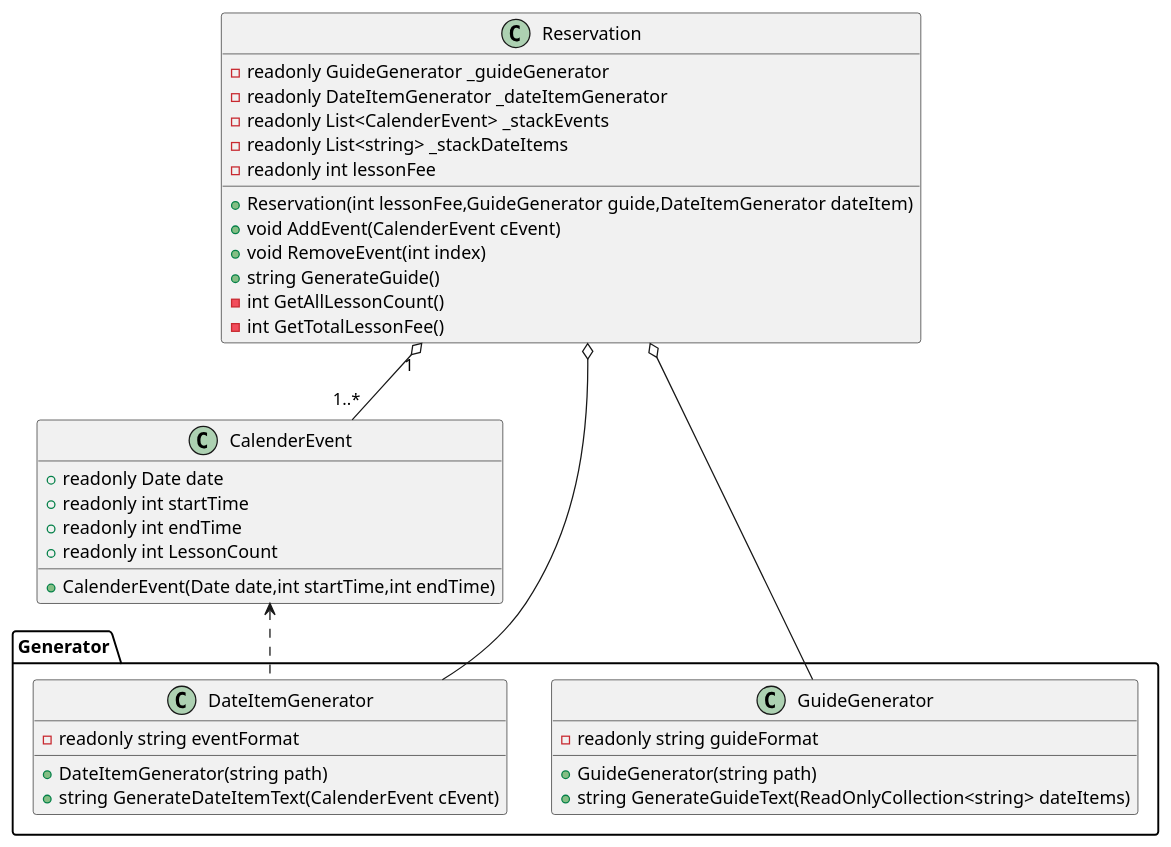
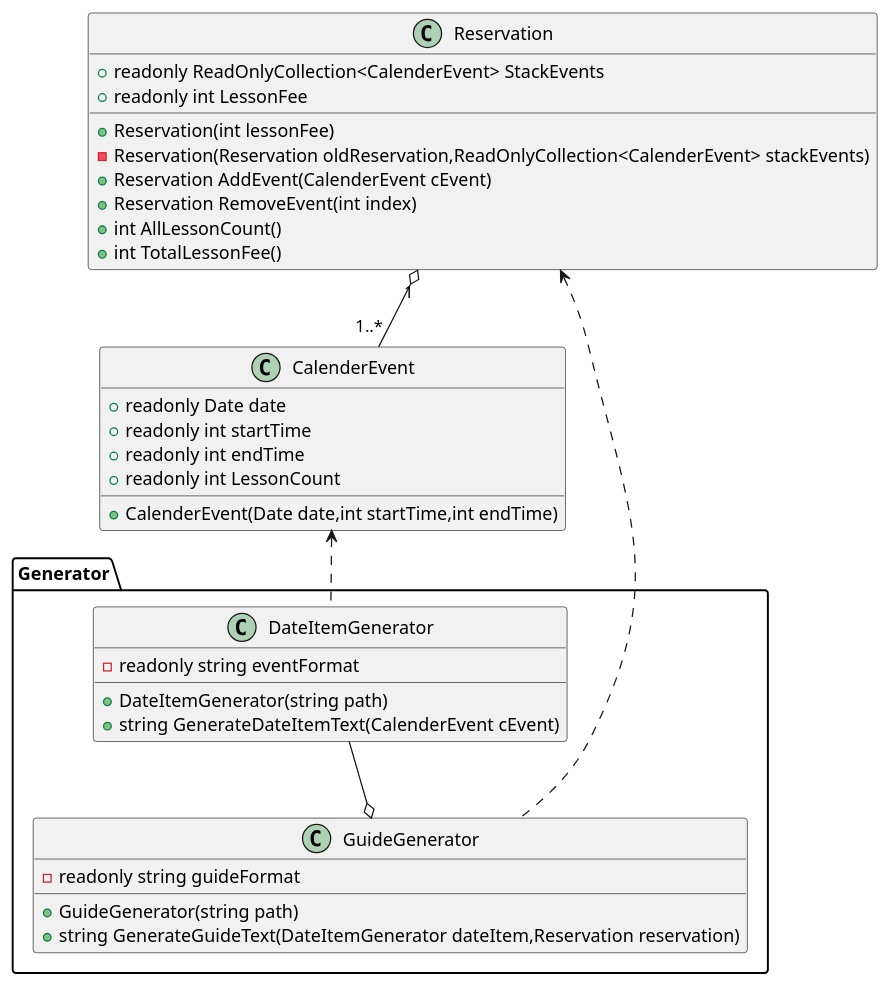
Before and after one commit to ozisan000/AutoLessonMessageGenerator: the diagram in AutoSchoolMessageGenerator/AutoSchoolMessageGeneratorClass.wsd, drawn with PlantUML. The commit also changed 6 other files, not shown here.

```diff
--- a/AutoSchoolMessageGenerator/AutoSchoolMessageGeneratorClass.wsd
+++ b/AutoSchoolMessageGenerator/AutoSchoolMessageGeneratorClass.wsd
@@ -1,59 +1,59 @@
 @startuml AutoGeneratorSchoolMessageGenerator
 
 '基底クラスたち
 
-'イベントクラス
+'ロジックイベントクラス
 class CalenderEvent{
     +readonly Date date
     +readonly int startTime
     +readonly int endTime
     +readonly int LessonCount
 
     +CalenderEvent(Date date,int startTime,int endTime)
 }
 
-'予約クラス
+'ロジック予約クラス
 class Reservation{
-    -readonly GuideGenerator _guideGenerator
-    -readonly DateItemGenerator _dateItemGenerator
-    -readonly List<CalenderEvent> _stackEvents
-    -readonly List<string> _stackDateItems
-    -readonly int lessonFee
+    +readonly ReadOnlyCollection<CalenderEvent> StackEvents
+    +readonly int LessonFee
 
-    +Reservation(int lessonFee,GuideGenerator guide,DateItemGenerator dateItem)
-    +void AddEvent(CalenderEvent cEvent)
-    +void RemoveEvent(int index)
-    +string GenerateGuide()
-    -int GetAllLessonCount()
-    -int GetTotalLessonFee()
+    +Reservation(int lessonFee)
+    -Reservation(Reservation oldReservation,ReadOnlyCollection<CalenderEvent> stackEvents)
+    +Reservation AddEvent(CalenderEvent cEvent)
+    +Reservation RemoveEvent(int index)
+    +int AllLessonCount()
+    +int TotalLessonFee()
 }
+
+
 
 '文章を生成するためのクラス
 package Generator{
     '文章全体を生成するクラス
     class GuideGenerator{
         -readonly string guideFormat
 
         +GuideGenerator(string path)
-        +string GenerateGuideText(ReadOnlyCollection<string> dateItems)
+        +string GenerateGuideText(DateItemGenerator dateItem,Reservation reservation)
     }
 
     'コマごとの項目を生成するクラス
     class DateItemGenerator{
         -readonly string eventFormat
 
         +DateItemGenerator(string path)
-       +string GenerateDateItemText(CalenderEvent cEvent)
+        +string GenerateDateItemText(CalenderEvent cEvent)
     }
 }
 
 
 
 Reservation "1" o-- "1..*" CalenderEvent
 
 CalenderEvent <.. DateItemGenerator
 
-Reservation o-- DateItemGenerator
-Reservation o-- GuideGenerator
+Reservation <.. GuideGenerator
+
+DateItemGenerator --o GuideGenerator
 
 @enduml
```
